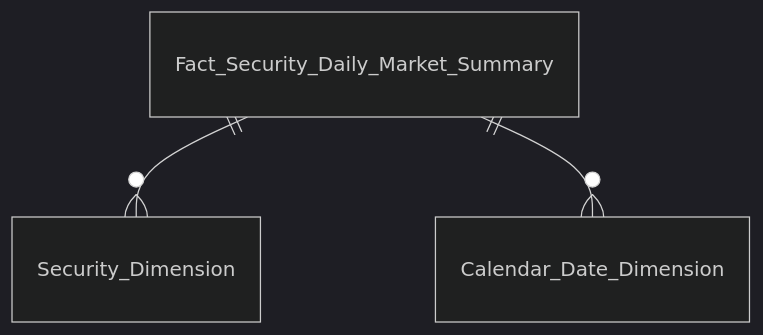
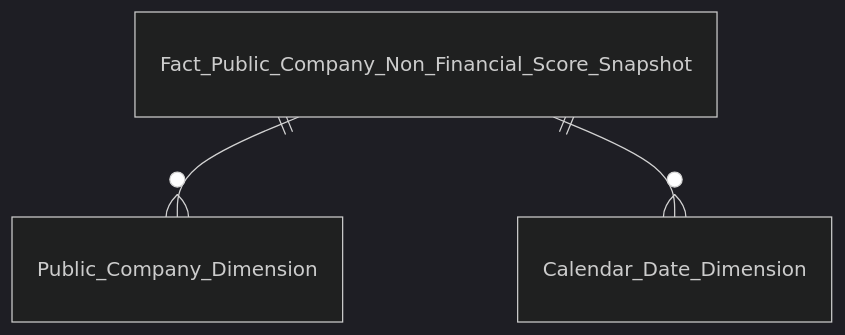
Diagram 12 of 16 in Datamart/hld/DTM_GSDC_Entities.md (linhlvit/ubck_atomic_design), drawn with Mermaid (dark theme) before and after one commit. The commit also changed other lines of this file and 24 other files, not shown here.

````diff
--- a/Datamart/hld/DTM_GSDC_Entities.md
+++ b/Datamart/hld/DTM_GSDC_Entities.md
@@ -286,5 +195,5 @@
 ```mermaid
 erDiagram
-    Fact_Security_Daily_Market_Summary ||--o{ Security_Dimension : ""
-    Fact_Security_Daily_Market_Summary ||--o{ Calendar_Date_Dimension : ""
+    Fact_Public_Company_Non_Financial_Score_Snapshot ||--o{ Public_Company_Dimension : ""
+    Fact_Public_Company_Non_Financial_Score_Snapshot ||--o{ Calendar_Date_Dimension : ""
 ```
````
